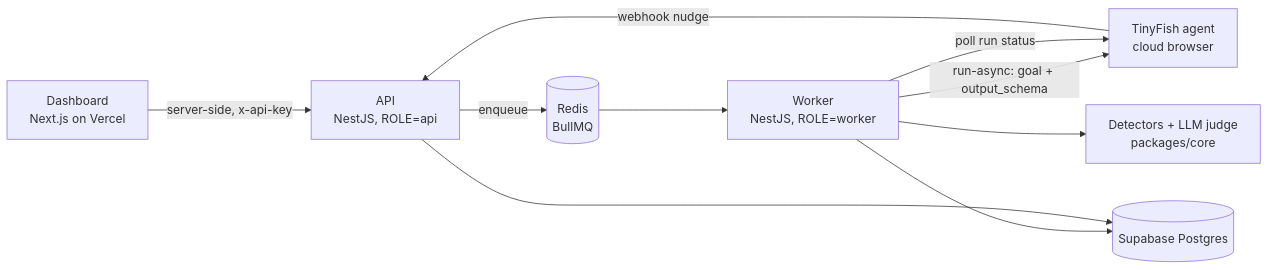
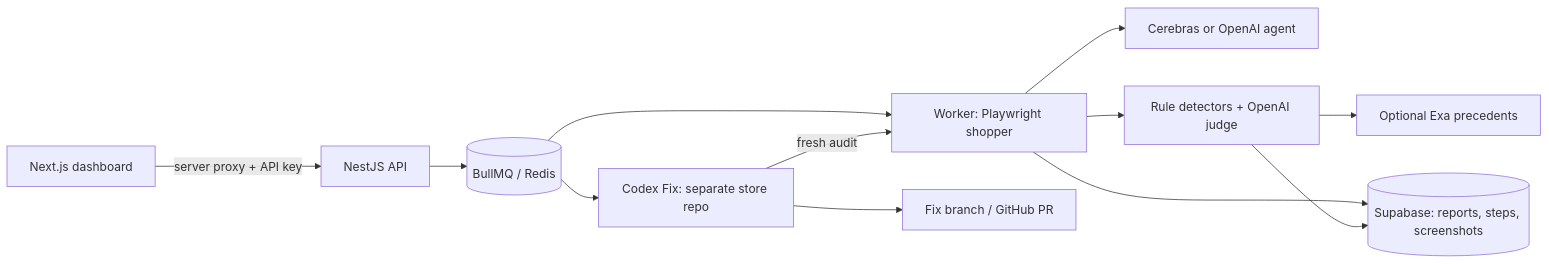
The diagram in README.md (Shivanshu49/Jhol), drawn with Mermaid before and after one commit. The commit also changed other lines of this file and 3 other files, not shown here.

Commit message:
Document current architecture, evals and verified Codex demo

````diff
--- a/README.md
+++ b/README.md
@@ -62,12 +7,14 @@
 ```mermaid
 flowchart LR
-  W[Dashboard<br/>Next.js on Vercel] -- server-side, x-api-key --> A[API<br/>NestJS, ROLE=api]
-  A -- enqueue --> Q[(Redis<br/>BullMQ)]
-  Q --> K[Worker<br/>NestJS, ROLE=worker]
-  K -- run-async: goal + output_schema --> T[TinyFish agent<br/>cloud browser]
-  K -- poll run status --> T
-  T -- webhook nudge --> A
-  K --> C[Detectors + LLM judge<br/>packages/core]
-  K --> D[(Supabase Postgres)]
-  A --> D
+  W[Next.js dashboard] -->|server proxy + API key| A[NestJS API]
+  A --> Q[(BullMQ / Redis)]
+  Q --> B[Worker: Playwright shopper]
+  B --> L[Cerebras or OpenAI agent]
+  B --> R[Rule detectors + OpenAI judge]
+  R --> E[Optional Exa precedents]
+  B --> D[(Supabase: reports, steps, screenshots)]
+  R --> D
+  Q --> C[Codex Fix: separate store repo]
+  C --> P[Fix branch / GitHub PR]
+  C -->|fresh audit| B
 ```
````
